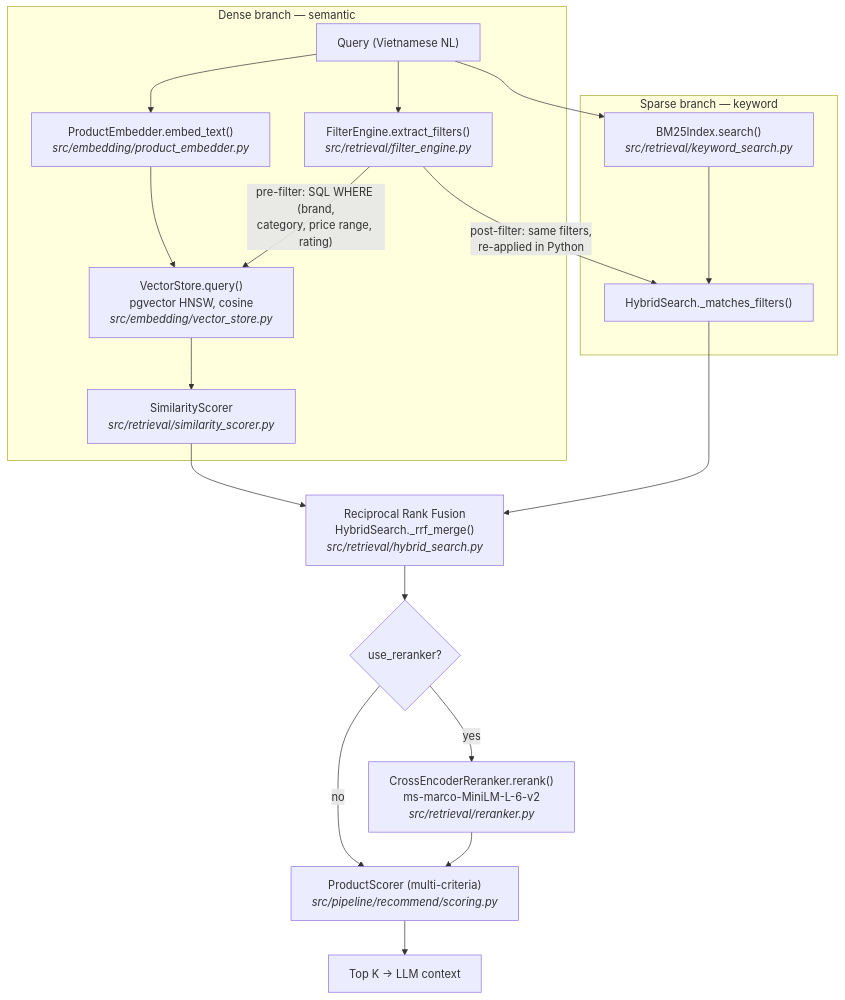
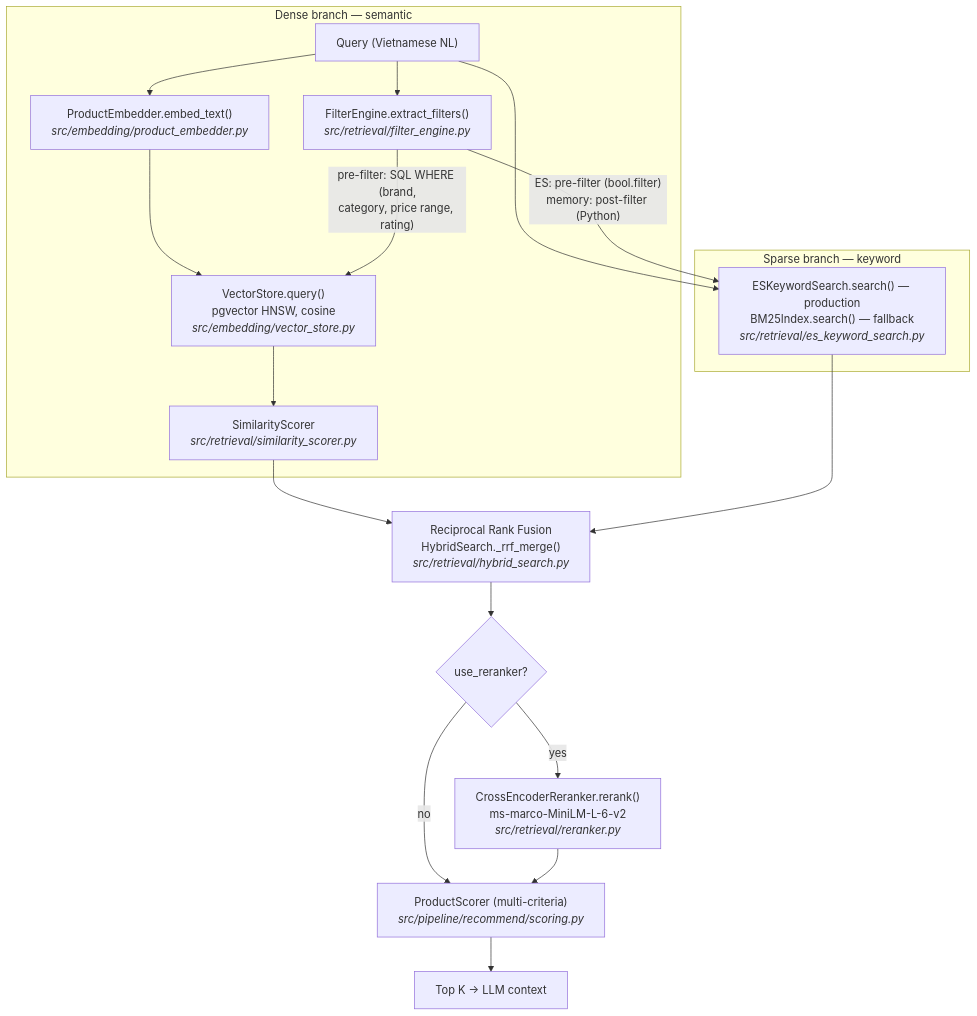
Before and after one commit to nxhawk/techscout-rag-recommend: the first of 2 diagrams in docs/architecture/hybrid-retrieval.md, drawn with Mermaid. The commit also changed other lines of this file and 40 other files, not shown here.

````diff
--- a/docs/architecture/hybrid-retrieval.md
+++ b/docs/architecture/hybrid-retrieval.md
@@ -11,26 +13,25 @@
 ```mermaid
 flowchart TB
     Q["Query (Vietnamese NL)"] --> FE["FilterEngine.extract_filters()<br/><i>src/retrieval/filter_engine.py</i>"]
 
     subgraph Dense["Dense branch — semantic"]
         Q --> EMB["ProductEmbedder.embed_text()<br/><i>src/embedding/product_embedder.py</i>"]
         EMB --> VS["VectorStore.query()<br/>pgvector HNSW, cosine<br/><i>src/embedding/vector_store.py</i>"]
         FE -->|"pre-filter: SQL WHERE (brand,<br/>category, price range, rating)"| VS
         VS --> SS["SimilarityScorer<br/><i>src/retrieval/similarity_scorer.py</i>"]
     end
 
     subgraph Sparse["Sparse branch — keyword"]
-        Q --> BM25["BM25Index.search()<br/><i>src/retrieval/keyword_search.py</i>"]
-        FE -->|"post-filter: same filters,<br/>re-applied in Python"| PF["HybridSearch._matches_filters()"]
-        BM25 --> PF
+        Q --> KW["ESKeywordSearch.search() — production<br/>BM25Index.search() — fallback<br/><i>src/retrieval/es_keyword_search.py</i>"]
+        FE -->|"ES: pre-filter (bool.filter)<br/>memory: post-filter (Python)"| KW
     end
 
     SS --> RRF["Reciprocal Rank Fusion<br/>HybridSearch._rrf_merge()<br/><i>src/retrieval/hybrid_search.py</i>"]
-    PF --> RRF
+    KW --> RRF
 
     RRF --> RER{"use_reranker?"}
     RER -->|yes| CE["CrossEncoderReranker.rerank()<br/>ms-marco-MiniLM-L-6-v2<br/><i>src/retrieval/reranker.py</i>"]
     RER -->|no| PS
     CE --> PS["ProductScorer (multi-criteria)<br/><i>src/pipeline/recommend/scoring.py</i>"]
     PS --> TOP["Top K → LLM context"]
 ```
````
